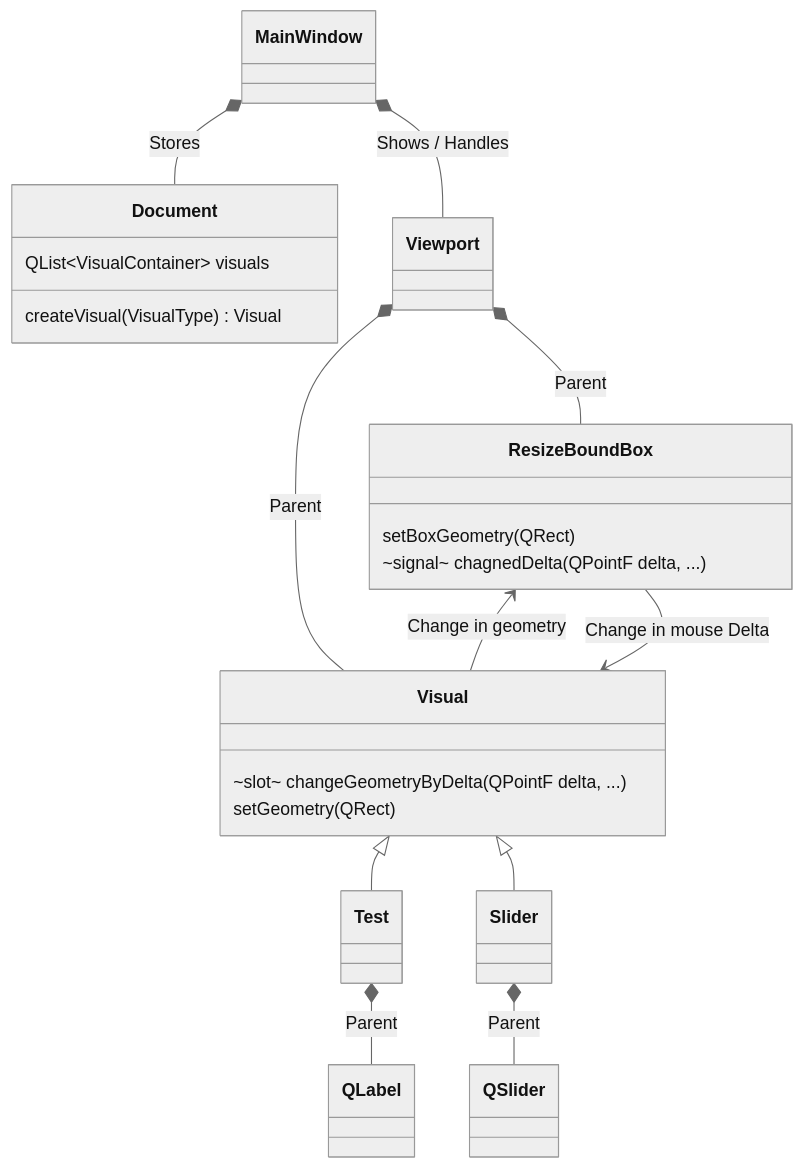
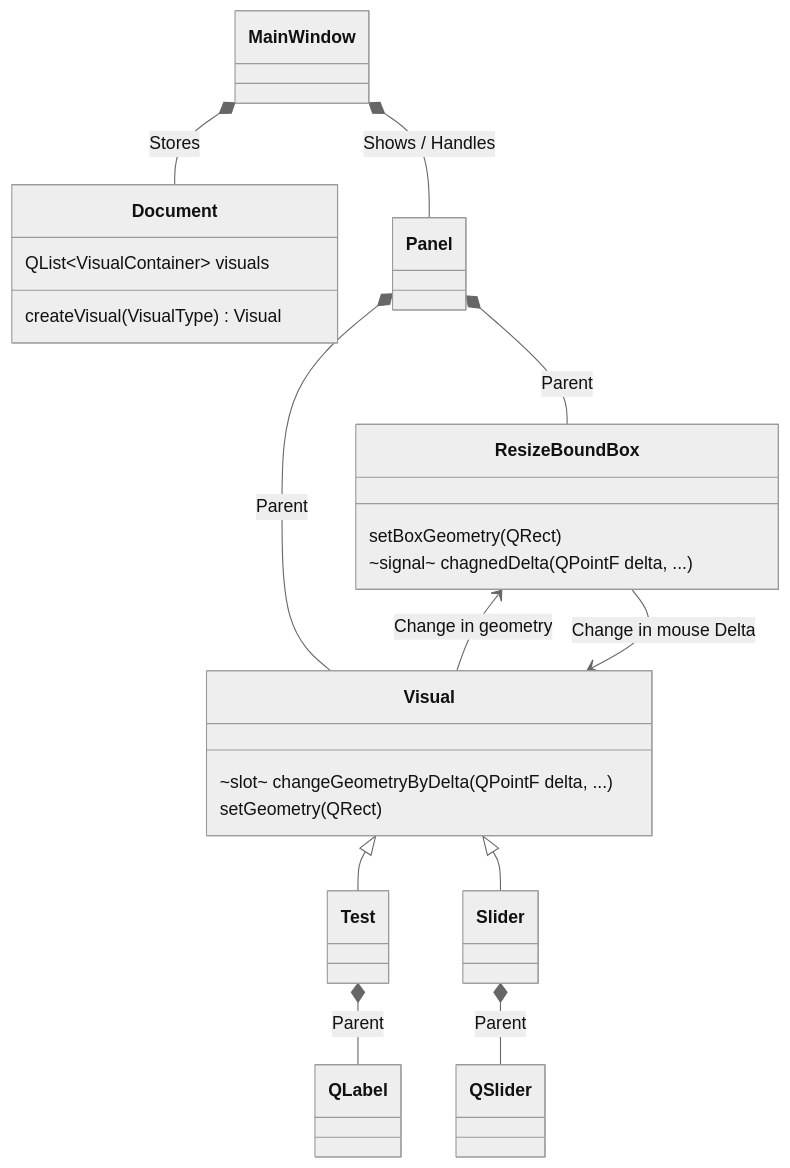
One commit to SkuiSystems/skui changed the diagram in docs/devmanuel.md. Above: the diagram before and after it, drawn with Mermaid (neutral theme). The commit also changed 10 other files, not shown here.

Commit message:
Renames Viewport to Panel

````diff
--- a/docs/devmanuel.md
+++ b/docs/devmanuel.md
@@ -6,25 +6,25 @@
 ```mermaid
 classDiagram
 MainWindow *-- Document : Stores
 Document : QList~VisualContainer~ visuals
 Document : createVisual(VisualType) Visual
 
-MainWindow *-- Viewport : Shows / Handles
+MainWindow *-- Panel : Shows / Handles
 
-Viewport *-- Visual : Parent
+Panel *-- Visual : Parent
 Visual : ~slot~ changeGeometryByDelta(QPointF delta, ...)
 Visual : setGeometry(QRect)
 
-Viewport *-- ResizeBoundBox : Parent
+Panel *-- ResizeBoundBox : Parent
 ResizeBoundBox : setBoxGeometry(QRect)
 ResizeBoundBox : ~signal~ chagnedDelta(QPointF delta, ...) 
 
 ResizeBoundBox <-- Visual : Change in geometry
 ResizeBoundBox --> Visual : Change in mouse Delta
 
 Visual <|-- Test
 Test *-- QLabel : Parent
 
 Visual <|-- Slider
 Slider *-- QSlider : Parent
 ```
````
